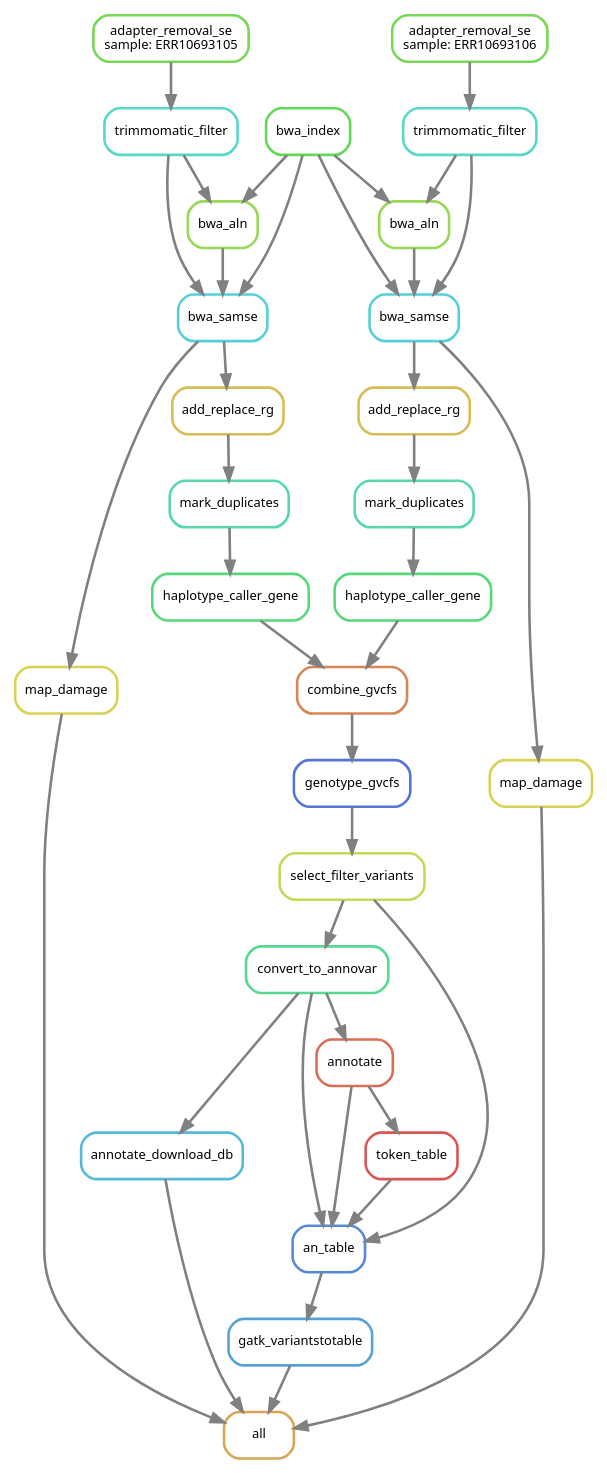
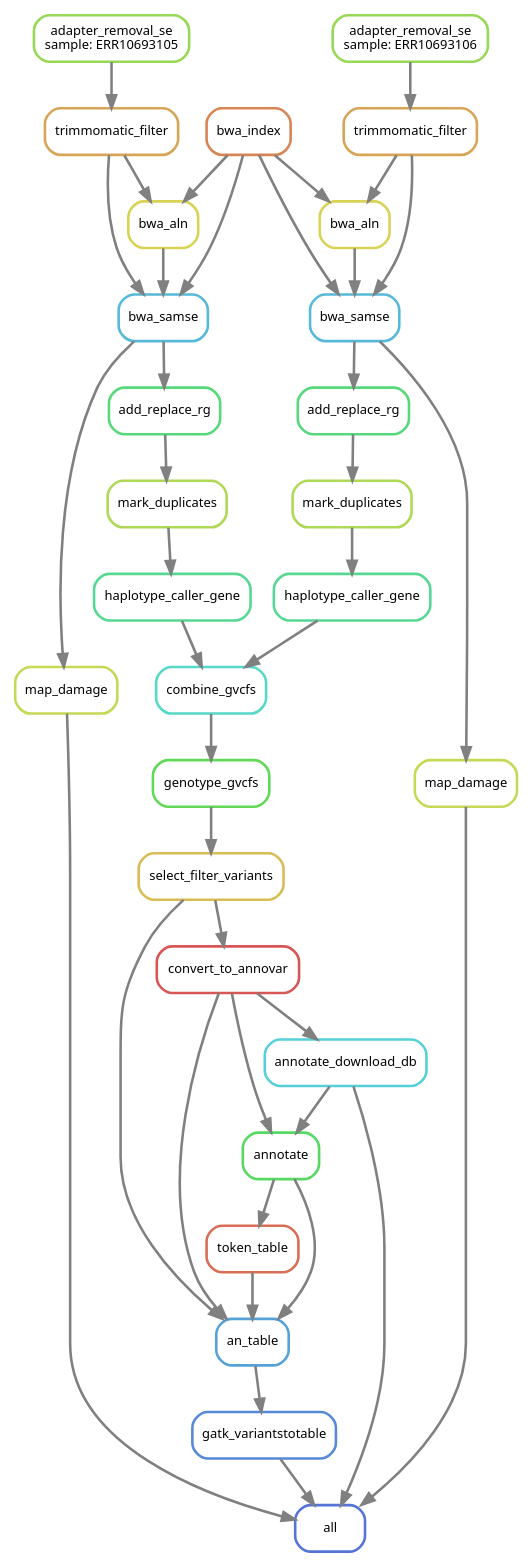
One commit to AylaScientist/ancient_DNA_variant_calling_GATK_Snakemake changed the diagram in workflow/dag.dot. Above: the diagram before and after it, drawn with Graphviz. The commit also changed 3 other files, not shown here.

```diff
--- a/workflow/dag.dot
+++ b/workflow/dag.dot
@@ -1,69 +1,70 @@
 digraph snakemake_dag {
     graph[bgcolor=white, margin=0];
     node[shape=box, style=rounded, fontname=sans,                 fontsize=10, penwidth=2];
     edge[penwidth=2, color=grey];
-	0[label = "all", color = "0.10 0.6 0.85", style="rounded"];
-	1[label = "gatk_variantstotable", color = "0.57 0.6 0.85", style="rounded"];
-	2[label = "an_table", color = "0.60 0.6 0.85", style="rounded"];
-	3[label = "convert_to_annovar", color = "0.41 0.6 0.85", style="rounded"];
-	4[label = "select_filter_variants", color = "0.19 0.6 0.85", style="rounded"];
-	5[label = "genotype_gvcfs", color = "0.63 0.6 0.85", style="rounded"];
-	6[label = "combine_gvcfs", color = "0.06 0.6 0.85", style="rounded"];
-	7[label = "haplotype_caller_gene", color = "0.38 0.6 0.85", style="rounded"];
-	8[label = "mark_duplicates", color = "0.44 0.6 0.85", style="rounded"];
-	9[label = "add_replace_rg", color = "0.13 0.6 0.85", style="rounded"];
-	10[label = "bwa_samse", color = "0.51 0.6 0.85", style="rounded"];
-	11[label = "trimmomatic_filter", color = "0.48 0.6 0.85", style="rounded"];
-	12[label = "adapter_removal_se\nsample: ERR10693105", color = "0.29 0.6 0.85", style="rounded"];
-	13[label = "bwa_aln", color = "0.25 0.6 0.85", style="rounded"];
-	14[label = "bwa_index", color = "0.32 0.6 0.85", style="rounded"];
-	15[label = "haplotype_caller_gene", color = "0.38 0.6 0.85", style="rounded"];
-	16[label = "mark_duplicates", color = "0.44 0.6 0.85", style="rounded"];
-	17[label = "add_replace_rg", color = "0.13 0.6 0.85", style="rounded"];
-	18[label = "bwa_samse", color = "0.51 0.6 0.85", style="rounded"];
-	19[label = "trimmomatic_filter", color = "0.48 0.6 0.85", style="rounded"];
-	20[label = "adapter_removal_se\nsample: ERR10693106", color = "0.29 0.6 0.85", style="rounded"];
-	21[label = "bwa_aln", color = "0.25 0.6 0.85", style="rounded"];
-	22[label = "annotate", color = "0.03 0.6 0.85", style="rounded"];
-	23[label = "token_table", color = "0.00 0.6 0.85", style="rounded"];
-	24[label = "map_damage", color = "0.16 0.6 0.85", style="rounded"];
-	25[label = "map_damage", color = "0.16 0.6 0.85", style="rounded"];
-	26[label = "annotate_download_db", color = "0.54 0.6 0.85", style="rounded"];
+	0[label = "all", color = "0.63 0.6 0.85", style="rounded"];
+	1[label = "gatk_variantstotable", color = "0.60 0.6 0.85", style="rounded"];
+	2[label = "an_table", color = "0.57 0.6 0.85", style="rounded"];
+	3[label = "convert_to_annovar", color = "0.00 0.6 0.85", style="rounded"];
+	4[label = "select_filter_variants", color = "0.13 0.6 0.85", style="rounded"];
+	5[label = "genotype_gvcfs", color = "0.32 0.6 0.85", style="rounded"];
+	6[label = "combine_gvcfs", color = "0.48 0.6 0.85", style="rounded"];
+	7[label = "haplotype_caller_gene", color = "0.41 0.6 0.85", style="rounded"];
+	8[label = "mark_duplicates", color = "0.22 0.6 0.85", style="rounded"];
+	9[label = "add_replace_rg", color = "0.38 0.6 0.85", style="rounded"];
+	10[label = "bwa_samse", color = "0.54 0.6 0.85", style="rounded"];
+	11[label = "trimmomatic_filter", color = "0.10 0.6 0.85", style="rounded"];
+	12[label = "adapter_removal_se\nsample: ERR10693105", color = "0.25 0.6 0.85", style="rounded"];
+	13[label = "bwa_aln", color = "0.16 0.6 0.85", style="rounded"];
+	14[label = "bwa_index", color = "0.06 0.6 0.85", style="rounded"];
+	15[label = "haplotype_caller_gene", color = "0.41 0.6 0.85", style="rounded"];
+	16[label = "mark_duplicates", color = "0.22 0.6 0.85", style="rounded"];
+	17[label = "add_replace_rg", color = "0.38 0.6 0.85", style="rounded"];
+	18[label = "bwa_samse", color = "0.54 0.6 0.85", style="rounded"];
+	19[label = "trimmomatic_filter", color = "0.10 0.6 0.85", style="rounded"];
+	20[label = "adapter_removal_se\nsample: ERR10693106", color = "0.25 0.6 0.85", style="rounded"];
+	21[label = "bwa_aln", color = "0.16 0.6 0.85", style="rounded"];
+	22[label = "annotate", color = "0.35 0.6 0.85", style="rounded"];
+	23[label = "annotate_download_db", color = "0.51 0.6 0.85", style="rounded"];
+	24[label = "token_table", color = "0.03 0.6 0.85", style="rounded"];
+	25[label = "map_damage", color = "0.19 0.6 0.85", style="rounded"];
+	26[label = "map_damage", color = "0.19 0.6 0.85", style="rounded"];
 	1 -> 0
-	24 -> 0
 	25 -> 0
 	26 -> 0
+	23 -> 0
 	2 -> 1
 	3 -> 2
 	22 -> 2
-	23 -> 2
+	24 -> 2
 	4 -> 2
 	4 -> 3
 	5 -> 4
 	6 -> 5
 	7 -> 6
 	15 -> 6
 	8 -> 7
 	9 -> 8
 	10 -> 9
 	11 -> 10
 	13 -> 10
 	14 -> 10
 	12 -> 11
 	11 -> 13
 	14 -> 13
 	16 -> 15
 	17 -> 16
 	18 -> 17
 	19 -> 18
 	21 -> 18
 	14 -> 18
 	20 -> 19
 	19 -> 21
 	14 -> 21
 	3 -> 22
-	22 -> 23
-	10 -> 24
-	18 -> 25
-	3 -> 26
+	23 -> 22
+	3 -> 23
+	22 -> 24
+	10 -> 25
+	18 -> 26
 }            
```
